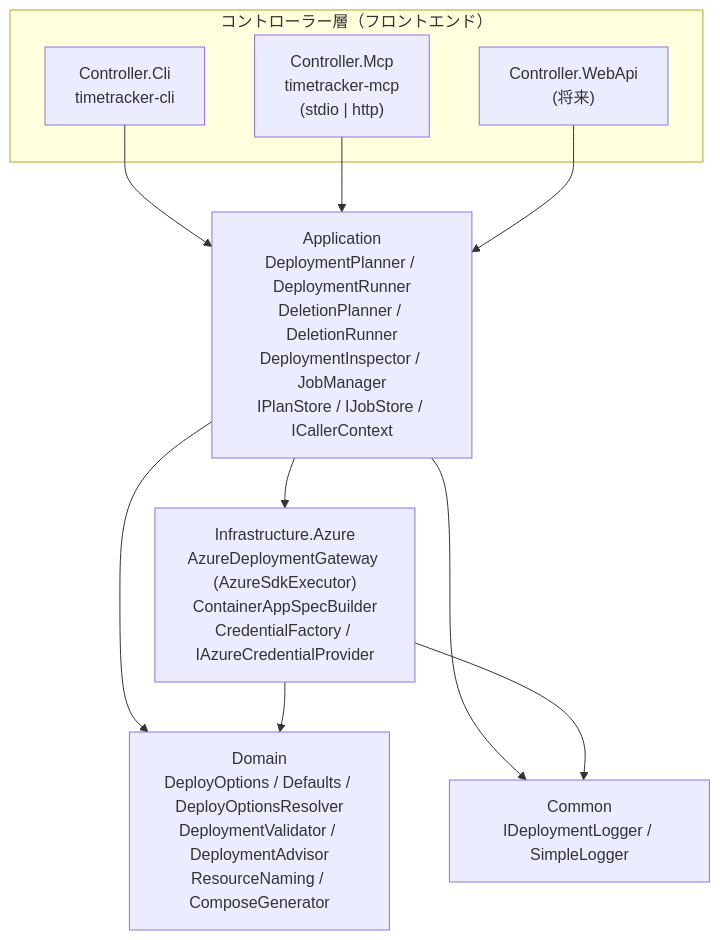
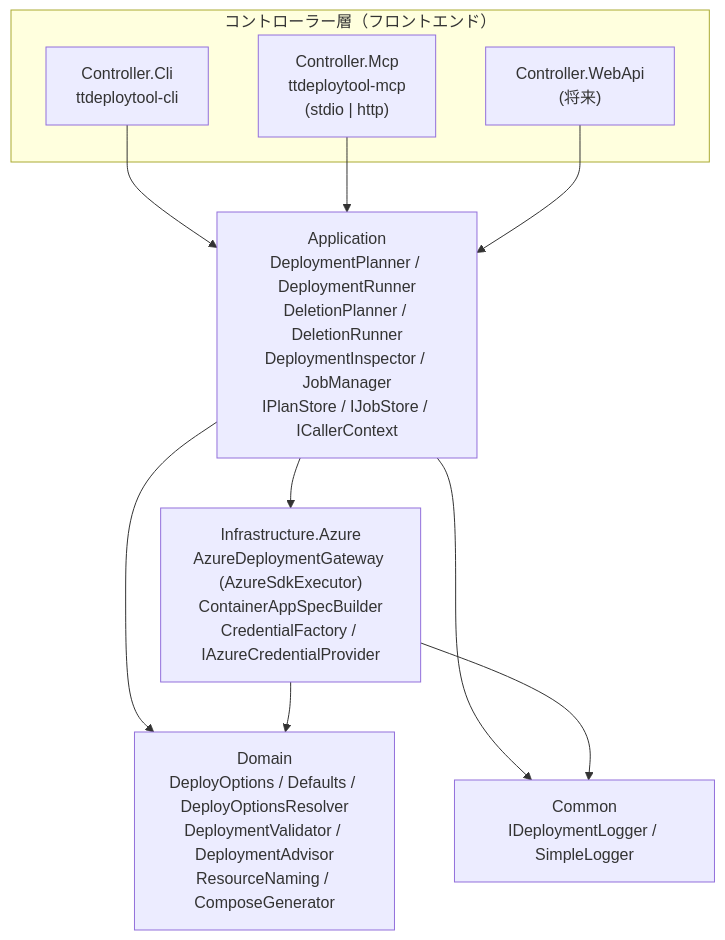
One commit to yamadakou/timetracker-deployment-tool changed the second of 3 diagrams in docs/MCP_TOOL_DESIGN.md. Above: the diagram before and after it, drawn with Mermaid. The commit also changed other lines of this file and 263 other files, not shown here.

````diff
--- a/docs/MCP_TOOL_DESIGN.md
+++ b/docs/MCP_TOOL_DESIGN.md
@@ -117,20 +117,20 @@
 ```mermaid
 flowchart TB
   subgraph Frontends["コントローラー層（フロントエンド）"]
-    CLI["Controller.Cli<br/>timetracker-cli"]
-    MCP["Controller.Mcp<br/>timetracker-mcp<br/>(stdio | http)"]
+    CLI["Controller.Cli<br/>ttdeploytool-cli"]
+    MCP["Controller.Mcp<br/>ttdeploytool-mcp<br/>(stdio | http)"]
     API["Controller.WebApi<br/>(将来)"]
   end
   APP["Application<br/>DeploymentPlanner / DeploymentRunner<br/>DeletionPlanner / DeletionRunner<br/>DeploymentInspector / JobManager<br/>IPlanStore / IJobStore / ICallerContext"]
   INFRA["Infrastructure.Azure<br/>AzureDeploymentGateway (AzureSdkExecutor)<br/>ContainerAppSpecBuilder<br/>CredentialFactory / IAzureCredentialProvider"]
   DOMAIN["Domain<br/>DeployOptions / Defaults / DeployOptionsResolver<br/>DeploymentValidator / DeploymentAdvisor<br/>ResourceNaming / ComposeGenerator"]
   COMMON["Common<br/>IDeploymentLogger / SimpleLogger"]
   CLI --> APP
   MCP --> APP
   API --> APP
   APP --> INFRA
   APP --> DOMAIN
   INFRA --> DOMAIN
   APP --> COMMON
   INFRA --> COMMON
 ```
````
